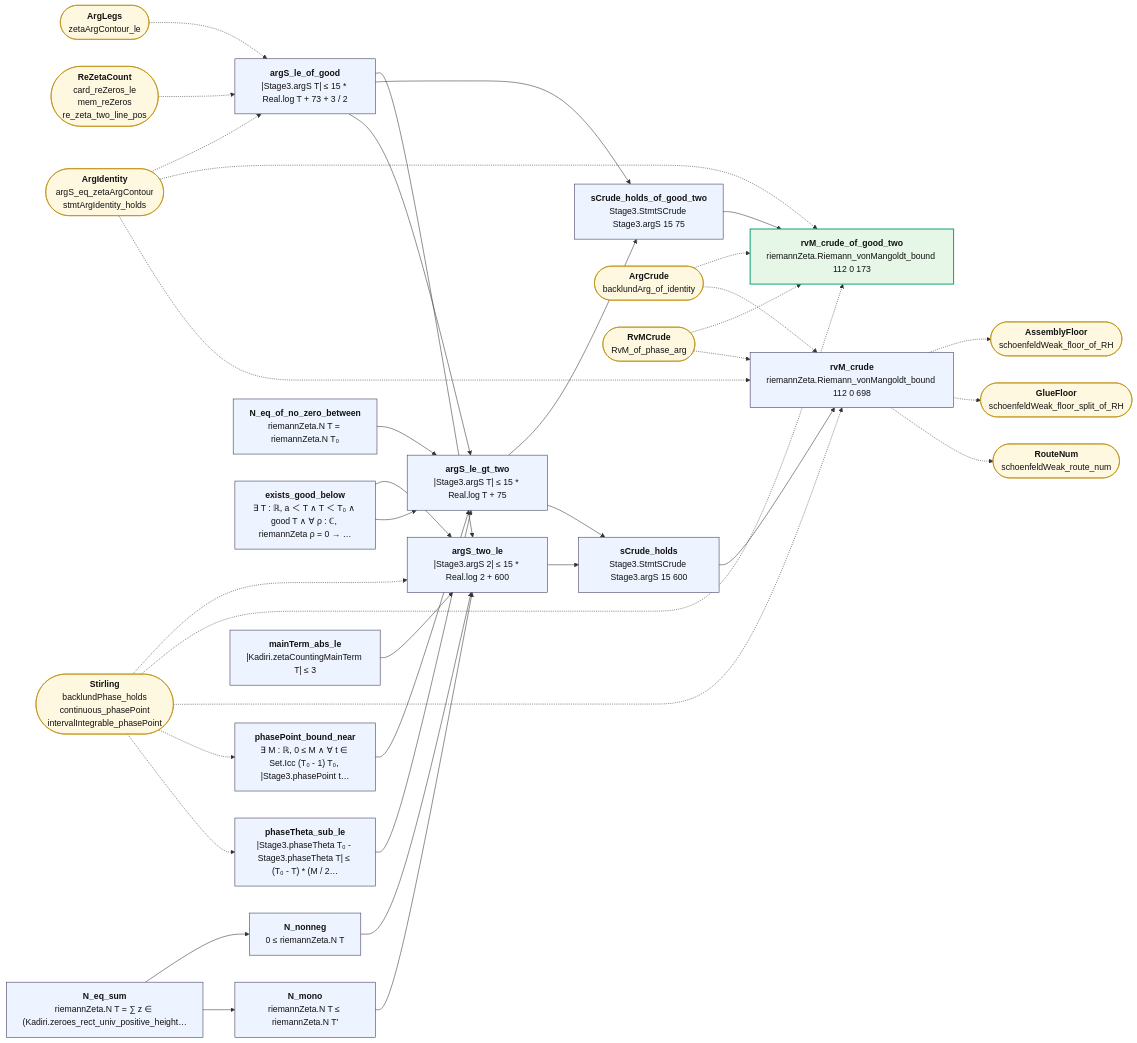
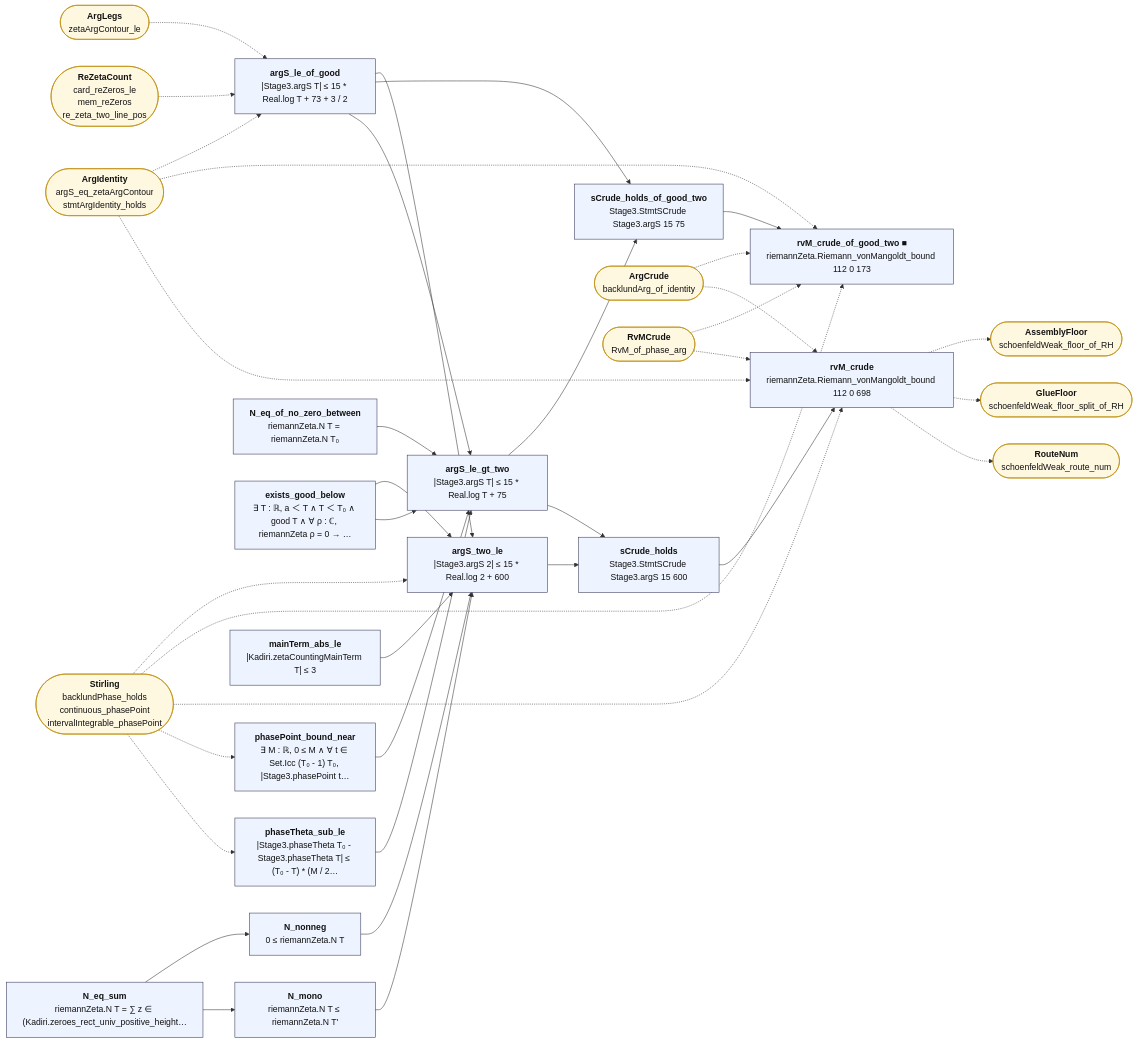
The diagram in map/lean_stage3/ArgCount.md (juliansambranojr/Primebeat_081426), drawn with Mermaid before and after one commit. The commit also changed other lines of this file and 398 other files, not shown here.

First line of the commit message:
map: the table first. Three layers from Lean's record of each proof and everything beneath it: counting (integers only), shape (analysis, no zeta), reads zeta; map/TABLE.md lists every counting theorem; the Riemann hypothesis is drawn as one reading at the edge

````diff
--- a/map/lean_stage3/ArgCount.md
+++ b/map/lean_stage3/ArgCount.md
@@ -12,67 +12,70 @@
 ```mermaid
 flowchart LR
   n0["<b>argS_le_of_good</b><br/>|Stage3.argS T| ≤ 15 * Real.log T + 73 + 3 / 2"]:::thm
   n1["<b>N_eq_sum</b><br/>riemannZeta.N T = ∑ z ∈ (Kadiri.zeroes_rect_univ_positive_height…"]:::thm
   n2["<b>N_nonneg</b><br/>0 ≤ riemannZeta.N T"]:::thm
   n3["<b>N_mono</b><br/>riemannZeta.N T ≤ riemannZeta.N T'"]:::thm
   n4["<b>N_eq_of_no_zero_between</b><br/>riemannZeta.N T = riemannZeta.N T₀"]:::thm
   n5["<b>exists_good_below</b><br/>∃ T : ℝ, a ＜ T ∧ T ＜ T₀ ∧ good T ∧ ∀ ρ : ℂ, riemannZeta ρ = 0 → …"]:::thm
   n6["<b>phasePoint_bound_near</b><br/>∃ M : ℝ, 0 ≤ M ∧ ∀ t ∈ Set.Icc (T₀ - 1) T₀, |Stage3.phasePoint t…"]:::thm
   n7["<b>phaseTheta_sub_le</b><br/>|Stage3.phaseTheta T₀ - Stage3.phaseTheta T| ≤ (T₀ - T) * (M / 2…"]:::thm
   n8["<b>argS_le_gt_two</b><br/>|Stage3.argS T| ≤ 15 * Real.log T + 75"]:::thm
   n9["<b>mainTerm_abs_le</b><br/>|Kadiri.zetaCountingMainTerm T| ≤ 3"]:::thm
   n10["<b>argS_two_le</b><br/>|Stage3.argS 2| ≤ 15 * Real.log 2 + 600"]:::thm
   n11["<b>sCrude_holds_of_good_two</b><br/>Stage3.StmtSCrude Stage3.argS 15 75"]:::thm
   n12["<b>sCrude_holds</b><br/>Stage3.StmtSCrude Stage3.argS 15 600"]:::thm
-  n13["<b>rvM_crude_of_good_two</b><br/>riemannZeta.Riemann_vonMangoldt_bound 112 0 173"]:::end_
+  n13["<b>rvM_crude_of_good_two ■</b><br/>riemannZeta.Riemann_vonMangoldt_bound 112 0 173"]:::thm
   n14["<b>rvM_crude</b><br/>riemannZeta.Riemann_vonMangoldt_bound 112 0 698"]:::thm
   x0(["<b>ArgIdentity</b><br/>argS_eq_zetaArgContour<br/>stmtArgIdentity_holds"]):::ext
   x1(["<b>ArgLegs</b><br/>zetaArgContour_le"]):::ext
   x2(["<b>ReZetaCount</b><br/>card_reZeros_le<br/>mem_reZeros<br/>re_zeta_two_line_pos"]):::ext
   x3(["<b>Stirling</b><br/>backlundPhase_holds<br/>continuous_phasePoint<br/>intervalIntegrable_phasePoint"]):::ext
   x4(["<b>ArgCrude</b><br/>backlundArg_of_identity"]):::ext
   x5(["<b>RvMCrude</b><br/>RvM_of_phase_arg"]):::ext
   x6(["<b>AssemblyFloor</b><br/>schoenfeldWeak_floor_of_RH"]):::ext
   x7(["<b>GlueFloor</b><br/>schoenfeldWeak_floor_split_of_RH"]):::ext
   x8(["<b>RouteNum</b><br/>schoenfeldWeak_route_num"]):::ext
   n0 --> n10
   n0 --> n11
   n0 --> n8
   n1 --> n2
   n1 --> n3
   n10 --> n12
   n11 --> n13
   n12 --> n14
   n2 --> n10
   n3 --> n10
   n4 --> n8
   n5 --> n10
   n5 --> n8
   n6 --> n8
   n7 --> n8
   n8 --> n11
   n8 --> n12
   n9 --> n10
   n14 -.-> x6
   n14 -.-> x7
   n14 -.-> x8
   x0 -.-> n0
   x0 -.-> n13
   x0 -.-> n14
   x1 -.-> n0
   x2 -.-> n0
   x3 -.-> n10
   x3 -.-> n13
   x3 -.-> n14
   x3 -.-> n6
   x3 -.-> n7
   x4 -.-> n13
   x4 -.-> n14
   x5 -.-> n13
   x5 -.-> n14
+  classDef cnt fill:#dff5ec,stroke:#17694a,color:#111
+  classDef shp fill:#f1ecfb,stroke:#5b3fa0,color:#111
+  classDef rh fill:#ffe5e5,stroke:#c22,color:#111,stroke-width:2px
   classDef thm fill:#eef4ff,stroke:#335,color:#111
   classDef end_ fill:#e7f7e7,stroke:#2a7,color:#111,stroke-width:2px
   classDef lone fill:#fff,stroke:#999,color:#111,stroke-dasharray:4 3
   classDef bad fill:#ffe5e5,stroke:#c22,color:#111,stroke-width:2px
   classDef ext fill:#fff8e1,stroke:#b80,color:#111
 ```
````
